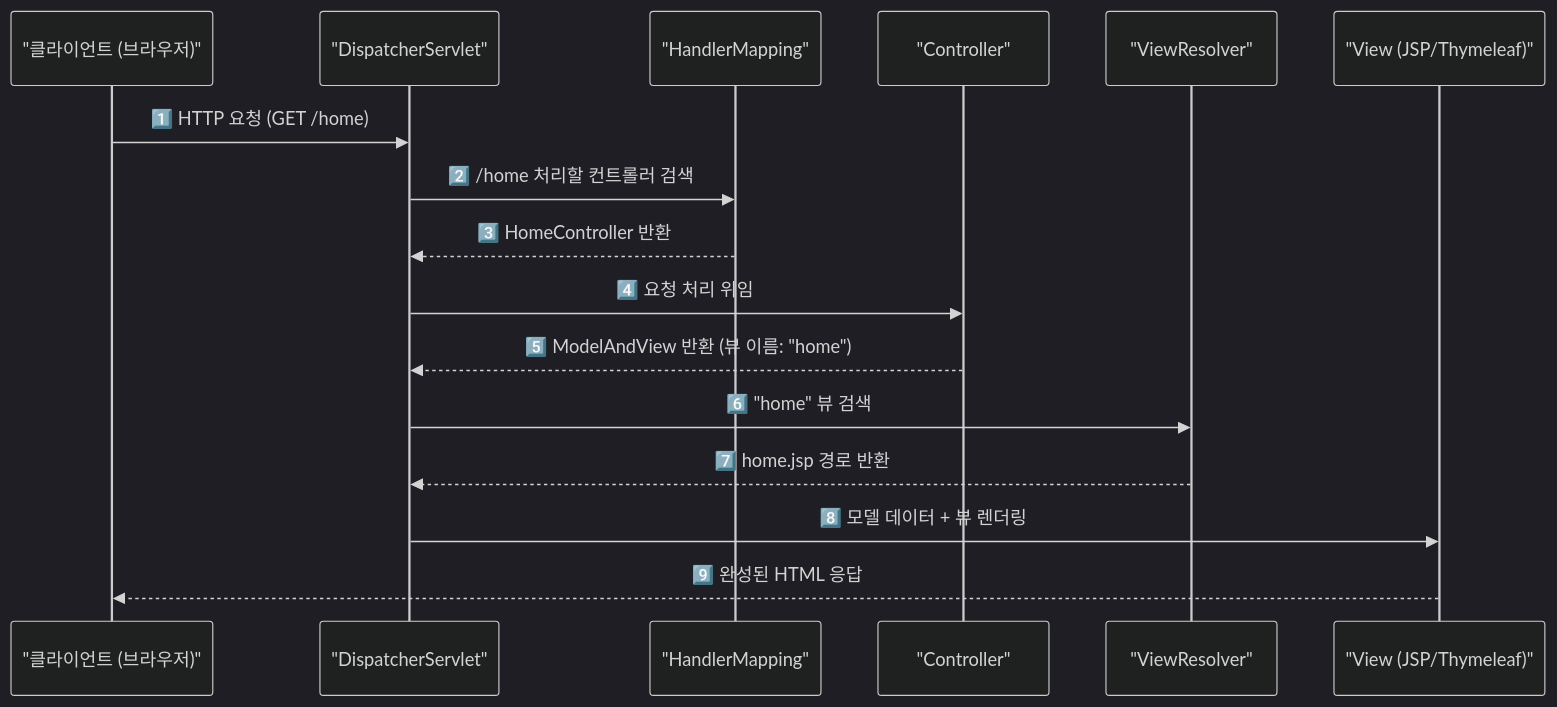
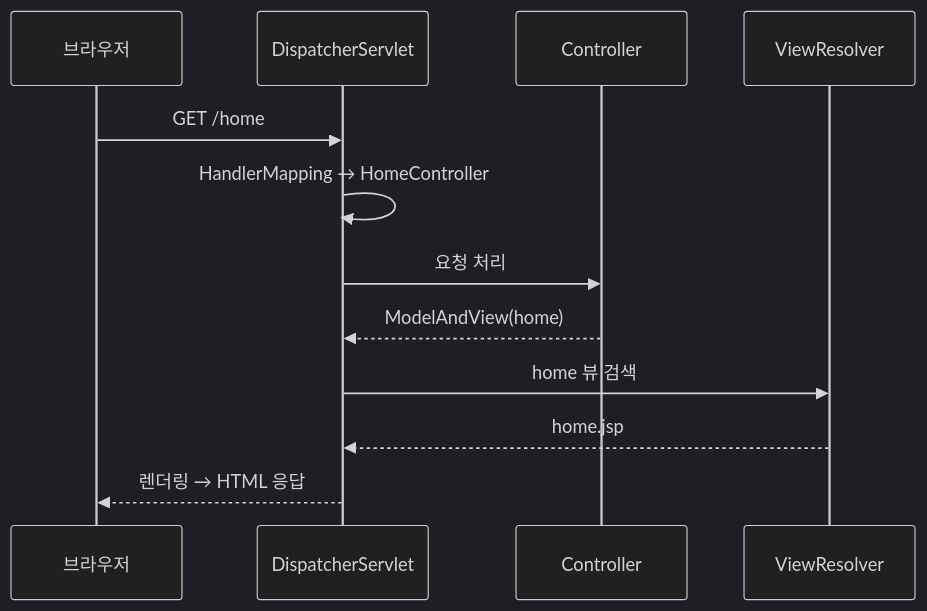
Before and after one commit to yjkim2015/yjkim2015.github.io: the first of 5 diagrams in _posts/spring/2020-08-10-스프링 동작 구조.md, drawn with Mermaid (dark theme). The commit also changed other lines of this file and 215 other files, not shown here.

First line of the commit message:
신규 포스트 10개 추가 + Mermaid 전면 축소 + SystemDesign 시리즈 보강

````diff
--- a/_posts/spring/2020-08-10-스프링 동작 구조.md
+++ b/_posts/spring/2020-08-10-스프링 동작 구조.md
@@ -19,19 +19,14 @@
 ```mermaid
 sequenceDiagram
-    participant C as "클라이언트 (브라우저)"
-    participant DS as "DispatcherServlet"
-    participant HM as "HandlerMapping"
-    participant CTRL as "Controller"
-    participant VR as "ViewResolver"
-    participant V as "View (JSP/Thymeleaf)"
-
-    C->>DS: 1️⃣ HTTP 요청 (GET /home)
-    DS->>HM: 2️⃣ /home 처리할 컨트롤러 검색
-    HM-->>DS: 3️⃣ HomeController 반환
-    DS->>CTRL: 4️⃣ 요청 처리 위임
-    CTRL-->>DS: 5️⃣ ModelAndView 반환 (뷰 이름: "home")
-    DS->>VR: 6️⃣ "home" 뷰 검색
-    VR-->>DS: 7️⃣ home.jsp 경로 반환
-    DS->>V: 8️⃣ 모델 데이터 + 뷰 렌더링
-    V-->>C: 9️⃣ 완성된 HTML 응답
+    participant C as 브라우저
+    participant DS as DispatcherServlet
+    participant CTRL as Controller
+    participant VR as ViewResolver
+    C->>DS: GET /home
+    DS->>DS: HandlerMapping → HomeController
+    DS->>CTRL: 요청 처리
+    CTRL-->>DS: ModelAndView(home)
+    DS->>VR: home 뷰 검색
+    VR-->>DS: home.jsp
+    DS-->>C: 렌더링 → HTML 응답
 ```
````
